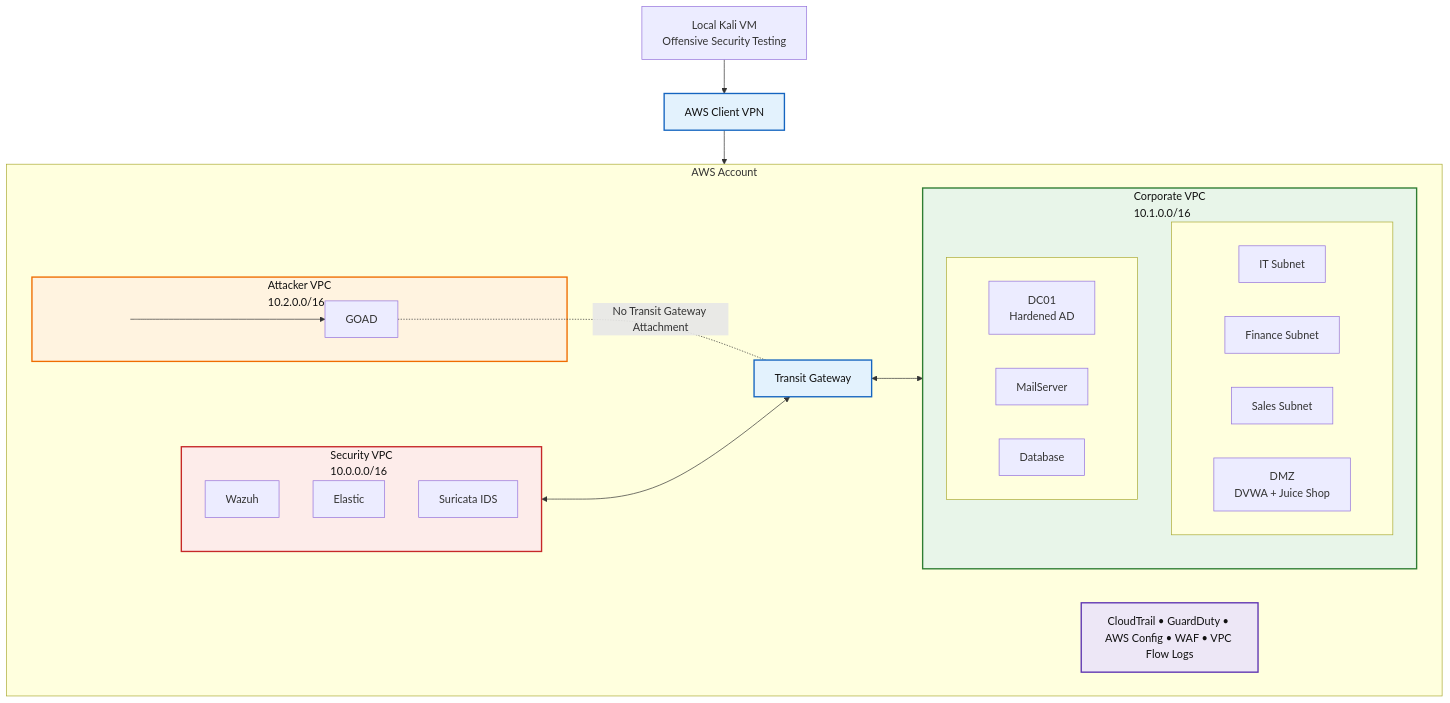
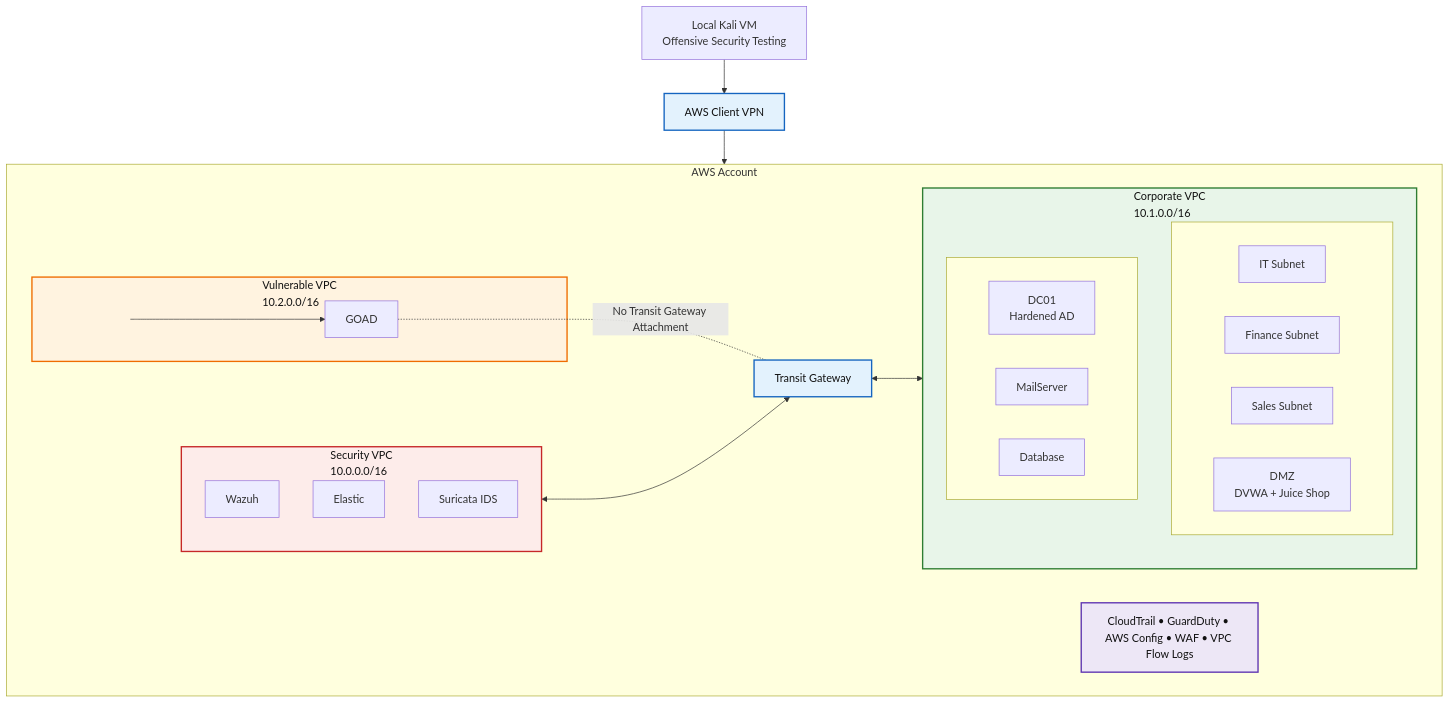
One commit to retro2049/aws-soc-homelab changed the diagram in README.md. Above: the diagram before and after it, drawn with Mermaid.

Commit message:
Adjusted README15

```diff
--- a/README.md
+++ b/README.md
@@ -85,7 +85,7 @@
     end
 
     %% Attacker VPC
-    subgraph ATT["Attacker VPC<br/>10.2.0.0/16<br/><br/><br/><br/><br/><br/><br/><br/><br/><br/><br/><br/>"]
+    subgraph ATT["Vulnerable VPC<br/>10.2.0.0/16<br/><br/><br/><br/><br/><br/><br/><br/><br/><br/><br/><br/>"]
 
         GOAD["GOAD<br/>"]
 
```
